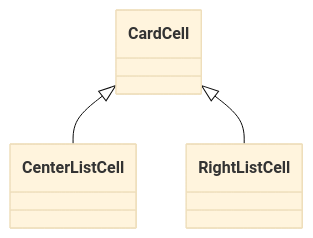
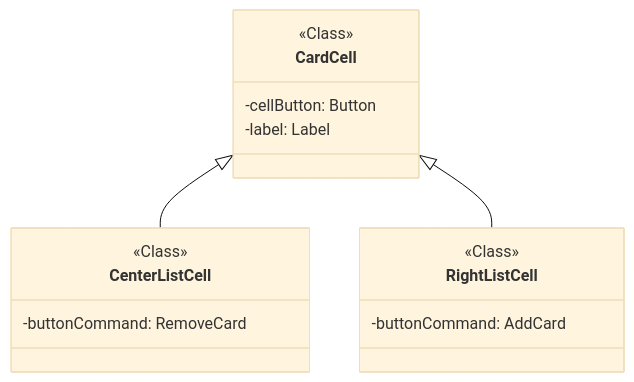
The fourth of 7 diagrams in Report.md (gerardocipriano/pss22-Game-of-Cards), drawn with Mermaid (base theme) before and after one commit. The commit also changed other lines of this file, not shown here.

````diff
--- a/Report.md
+++ b/Report.md
@@ -160,11 +162,18 @@
 ```mermaid
 classDiagram
     class CenterListCell {
+        <<Class>>
+        -buttonCommand: RemoveCard
     }
     class RightListCell {
+        <<Class>>
+        -buttonCommand: AddCard
     }
     class CardCell {
+        <<Class>>
+        -cellButton: Button
+        -label: Label
     }
     CardCell <|-- CenterListCell
     CardCell <|-- RightListCell
 ```
````
